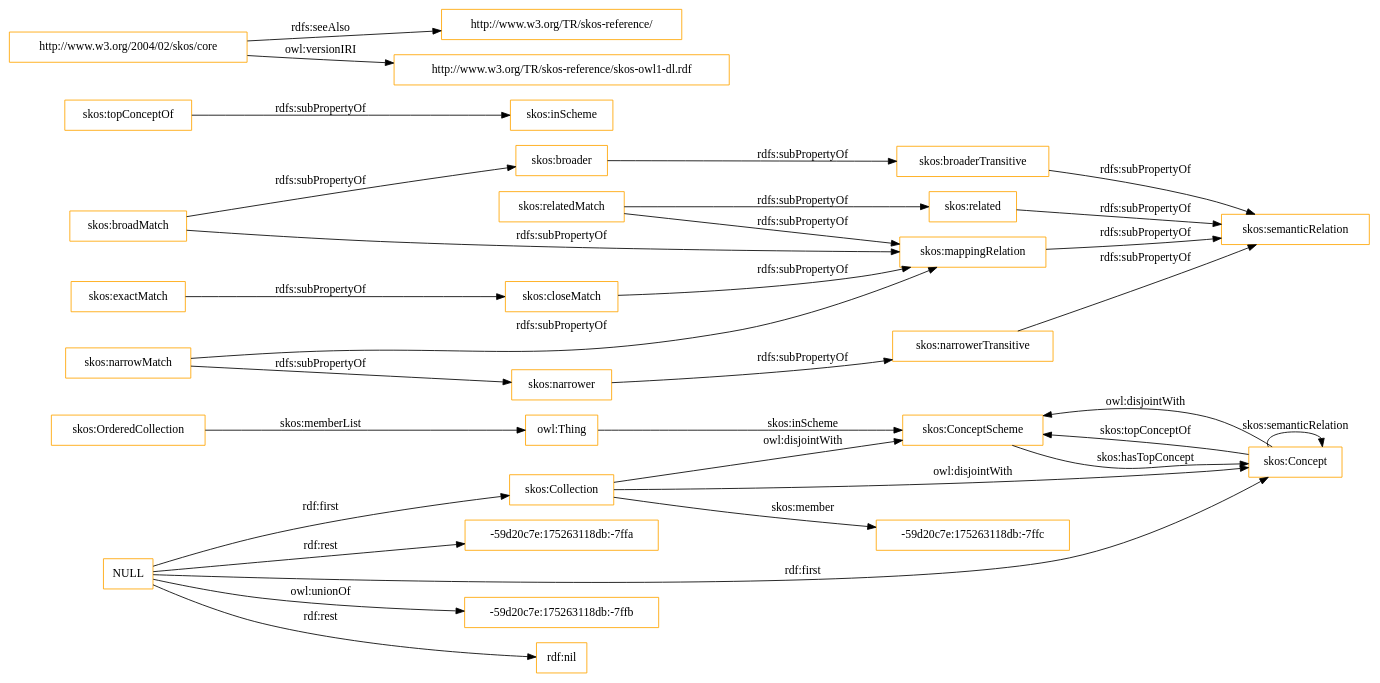
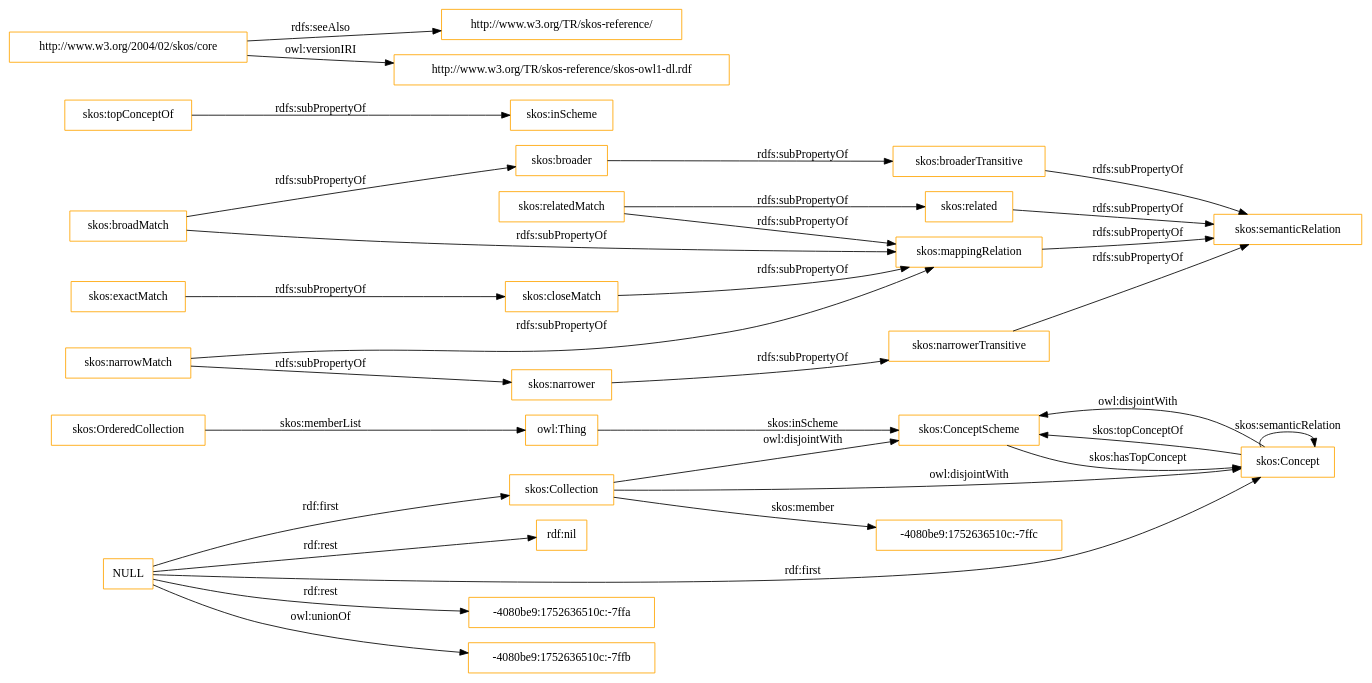
The diagram in OnToology/imports/skos.owl/diagrams/ar2dtool-class/skos.owl.png.dot (OnToologyUser/core-ontology-1), drawn with Graphviz before and after one commit. The commit also changed 14 other files, not shown here.

```diff
--- a/OnToology/imports/skos.owl/diagrams/ar2dtool-class/skos.owl.png.dot
+++ b/OnToology/imports/skos.owl/diagrams/ar2dtool-class/skos.owl.png.dot
@@ -1,37 +1,37 @@
 digraph ar2dtool_diagram { 
 rankdir=LR;
 size="1501"
-node [shape = rectangle, color="orange"]; "skos:OrderedCollection" "skos:ConceptScheme" "skos:Concept" "skos:Collection" "-59d20c7e:175263118db:-7ffc" ; /*classes style*/
+node [shape = rectangle, color="orange"]; "skos:OrderedCollection" "skos:ConceptScheme" "skos:Concept" "skos:Collection" "-4080be9:1752636510c:-7ffc" ; /*classes style*/
 	"skos:narrowerTransitive" -> "skos:semanticRelation" [ label = "rdfs:subPropertyOf" ];
-	"NULL" -> "-59d20c7e:175263118db:-7ffb" [ label = "owl:unionOf" ];
+	"NULL" -> "-4080be9:1752636510c:-7ffa" [ label = "rdf:rest" ];
+	"NULL" -> "skos:Collection" [ label = "rdf:first" ];
+	"NULL" -> "-4080be9:1752636510c:-7ffb" [ label = "owl:unionOf" ];
 	"NULL" -> "rdf:nil" [ label = "rdf:rest" ];
 	"NULL" -> "skos:Concept" [ label = "rdf:first" ];
-	"NULL" -> "-59d20c7e:175263118db:-7ffa" [ label = "rdf:rest" ];
-	"NULL" -> "skos:Collection" [ label = "rdf:first" ];
 	"skos:closeMatch" -> "skos:mappingRelation" [ label = "rdfs:subPropertyOf" ];
 	"skos:Concept" -> "skos:ConceptScheme" [ label = "owl:disjointWith" ];
 	"skos:relatedMatch" -> "skos:related" [ label = "rdfs:subPropertyOf" ];
 	"skos:relatedMatch" -> "skos:mappingRelation" [ label = "rdfs:subPropertyOf" ];
 	"skos:related" -> "skos:semanticRelation" [ label = "rdfs:subPropertyOf" ];
 	"skos:topConceptOf" -> "skos:inScheme" [ label = "rdfs:subPropertyOf" ];
 	"skos:broadMatch" -> "skos:mappingRelation" [ label = "rdfs:subPropertyOf" ];
 	"skos:broadMatch" -> "skos:broader" [ label = "rdfs:subPropertyOf" ];
 	"skos:exactMatch" -> "skos:closeMatch" [ label = "rdfs:subPropertyOf" ];
 	"skos:broaderTransitive" -> "skos:semanticRelation" [ label = "rdfs:subPropertyOf" ];
 	"skos:broader" -> "skos:broaderTransitive" [ label = "rdfs:subPropertyOf" ];
 	"skos:mappingRelation" -> "skos:semanticRelation" [ label = "rdfs:subPropertyOf" ];
 	"http://www.w3.org/2004/02/skos/core" -> "http://www.w3.org/TR/skos-reference/" [ label = "rdfs:seeAlso" ];
 	"http://www.w3.org/2004/02/skos/core" -> "http://www.w3.org/TR/skos-reference/skos-owl1-dl.rdf" [ label = "owl:versionIRI" ];
 	"skos:Collection" -> "skos:ConceptScheme" [ label = "owl:disjointWith" ];
 	"skos:Collection" -> "skos:Concept" [ label = "owl:disjointWith" ];
 	"skos:narrower" -> "skos:narrowerTransitive" [ label = "rdfs:subPropertyOf" ];
 	"skos:narrowMatch" -> "skos:narrower" [ label = "rdfs:subPropertyOf" ];
 	"skos:narrowMatch" -> "skos:mappingRelation" [ label = "rdfs:subPropertyOf" ];
 	"skos:OrderedCollection" -> "owl:Thing" [ label = "skos:memberList" ];
 	"skos:Concept" -> "skos:ConceptScheme" [ label = "skos:topConceptOf" ];
 	"skos:Concept" -> "skos:Concept" [ label = "skos:semanticRelation" ];
-	"skos:Collection" -> "-59d20c7e:175263118db:-7ffc" [ label = "skos:member" ];
+	"skos:Collection" -> "-4080be9:1752636510c:-7ffc" [ label = "skos:member" ];
 	"skos:ConceptScheme" -> "skos:Concept" [ label = "skos:hasTopConcept" ];
 	"owl:Thing" -> "skos:ConceptScheme" [ label = "skos:inScheme" ];
 
 }
```
